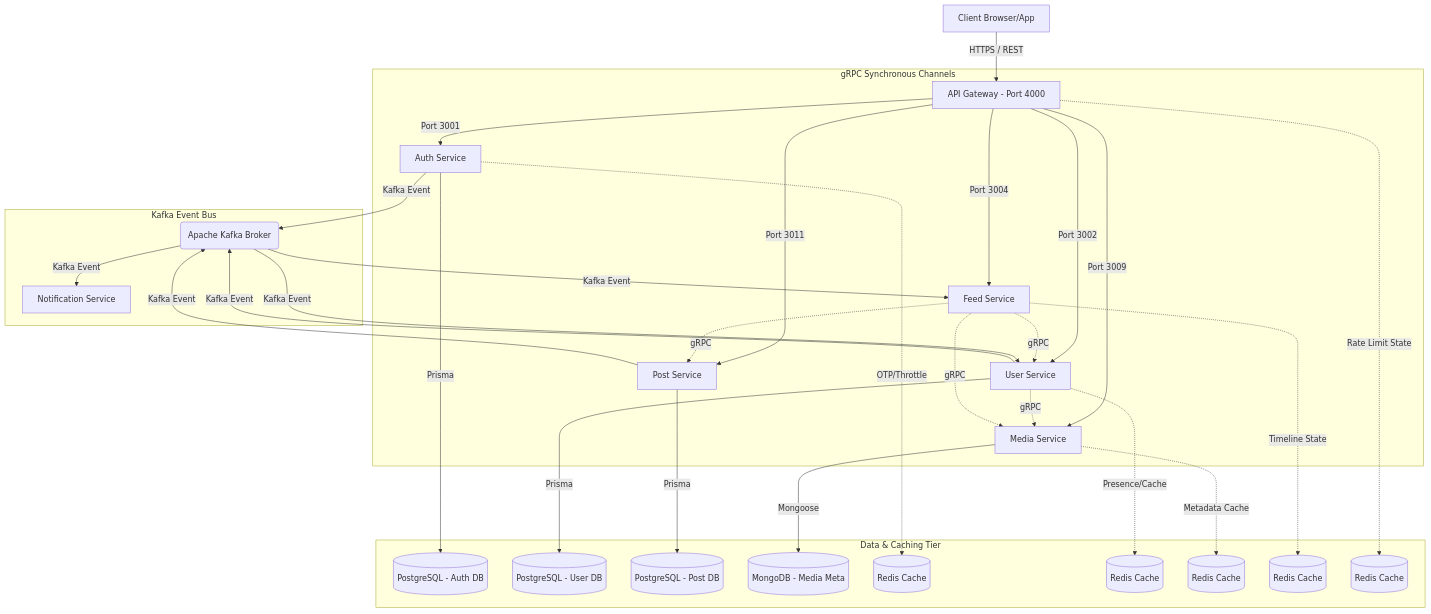
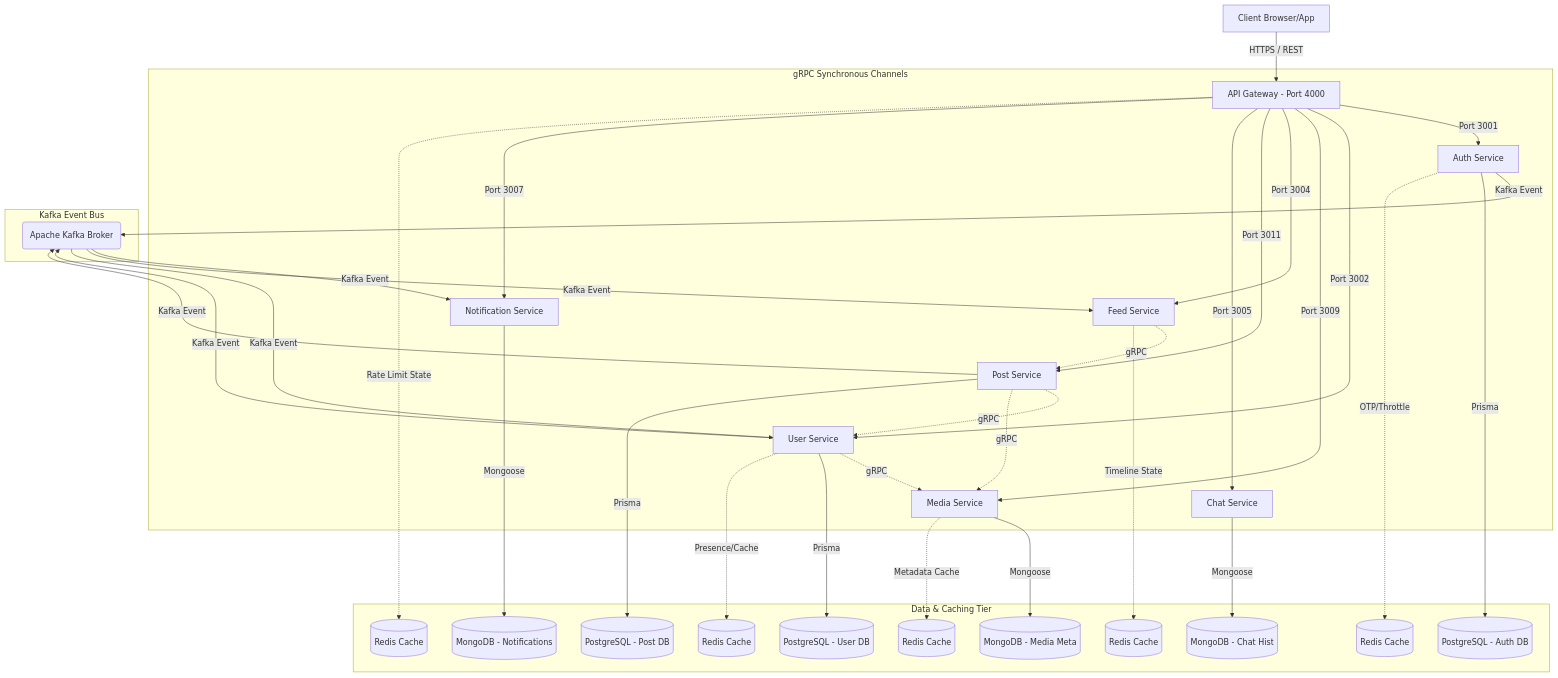
Before and after one commit to shariyerShazan/Waave-SocialMedia-Backend-Microservices: the diagram in README.md, drawn with Mermaid. The commit also changed other lines of this file and 62 other files, not shown here.

First line of the commit message:
feat(chat-service): add WebSocket and REST API documentation for chat integration

````diff
--- a/README.md
+++ b/README.md
@@ -32,38 +34,42 @@
 ```mermaid
 graph TD
     Client[Client Browser/App] -->|HTTPS / REST| Gateway[API Gateway - Port 4000]
     
     subgraph gRPC Synchronous Channels
         Gateway -->|Port 3001| Auth[Auth Service]
         Gateway -->|Port 3002| User[User Service]
         Gateway -->|Port 3009| Media[Media Service]
         Gateway -->|Port 3004| Feed[Feed Service]
         Gateway -->|Port 3011| Post[Post Service]
+        Gateway -->|Port 3005| Chat[Chat Service]
+        Gateway -->|Port 3007| Notification[Notification Service]
         User -.->|gRPC| Media
-        Feed -.->|gRPC| User
+        Post -.->|gRPC| User
+        Post -.->|gRPC| Media
         Feed -.->|gRPC| Post
-        Feed -.->|gRPC| Media
     end
     
     subgraph Kafka Event Bus
         Auth -->|Kafka Event| Kafka(Apache Kafka Broker)
         User -->|Kafka Event| Kafka
         Post -->|Kafka Event| Kafka
-        Kafka -->|Kafka Event| Notification[Notification Service]
+        Kafka -->|Kafka Event| Notification
         Kafka -->|Kafka Event| Feed
         Kafka -->|Kafka Event| User
     end
 
     subgraph Data & Caching Tier
         Auth --->|Prisma| PostgresAuth[(PostgreSQL - Auth DB)]
         User --->|Prisma| PostgresUser[(PostgreSQL - User DB)]
         Post --->|Prisma| PostgresPost[(PostgreSQL - Post DB)]
-        Media --->|Mongoose| MongoDB[(MongoDB - Media Meta)]
+        Media --->|Mongoose| MongoDBMedia[(MongoDB - Media Meta)]
+        Chat --->|Mongoose| MongoDBChat[(MongoDB - Chat Hist)]
+        Notification --->|Mongoose| MongoDBNotif[(MongoDB - Notifications)]
         
         Auth -.->|OTP/Throttle| RedisAuth[(Redis Cache)]
         User -.->|Presence/Cache| RedisUser[(Redis Cache)]
         Media -.->|Metadata Cache| RedisMedia[(Redis Cache)]
         Feed -.->|Timeline State| RedisFeed[(Redis Cache)]
         Gateway -.->|Rate Limit State| RedisGW[(Redis Cache)]
     end
 ```
````
